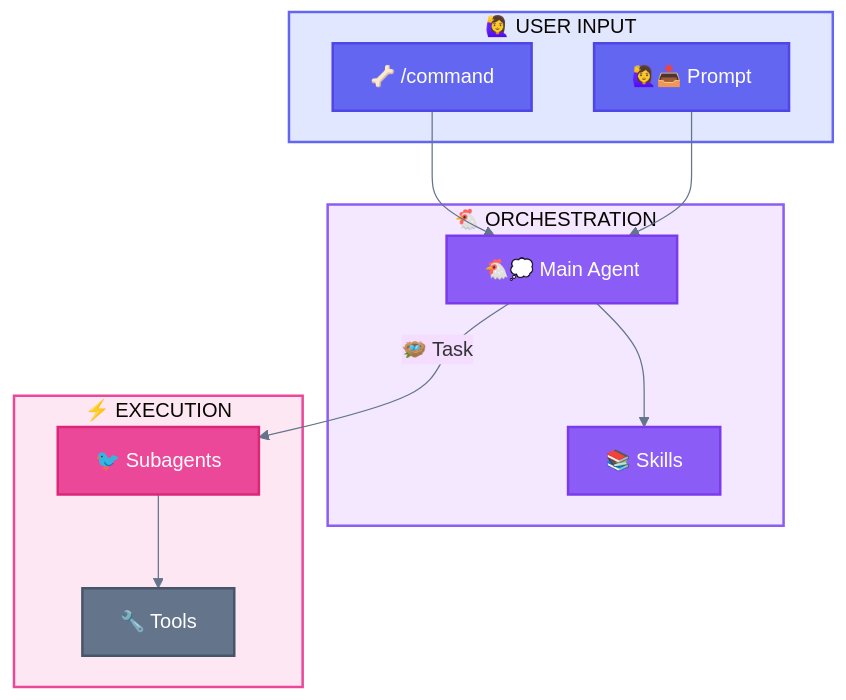
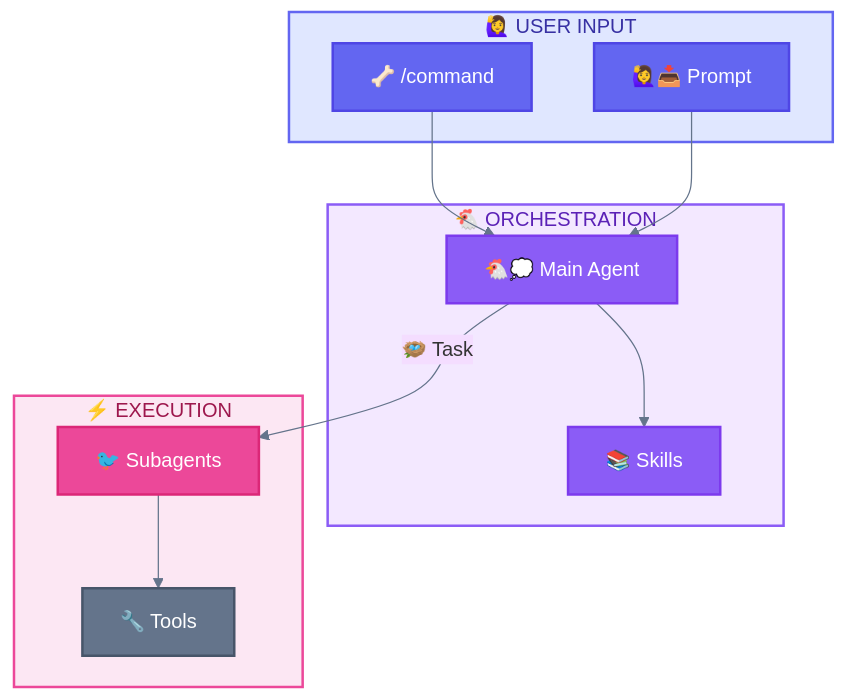
One commit to ThibautMelen/claude-agentic-patterns changed the second of 2 diagrams in implementation/components/README.md. Above: the diagram before and after it, drawn with Mermaid. The commit also changed 20 other files, not shown here.

````diff
--- a/implementation/components/README.md
+++ b/implementation/components/README.md
@@ -60,34 +60,38 @@
 ```mermaid
 %%{init: {'theme': 'base', 'themeVariables': {'lineColor': '#64748b'}}}%%
 flowchart TB
     classDef user fill:#6366f1,stroke:#4f46e5,stroke-width:2px,color:#ffffff
     classDef main fill:#8b5cf6,stroke:#7c3aed,stroke-width:2px,color:#ffffff
     classDef subagent fill:#ec4899,stroke:#db2777,stroke-width:2px,color:#ffffff
     classDef skill fill:#8b5cf6,stroke:#7c3aed,stroke-width:2px,color:#ffffff
     classDef builtinTool fill:#64748b,stroke:#475569,stroke-width:2px,color:#ffffff
 
     subgraph Input["🙋‍♀️ USER INPUT"]
         SLASH["🦴 /command"]:::user
         PROMPT["🙋‍♀️📥 Prompt"]:::user
     end
 
     subgraph Orchestration["🐔 ORCHESTRATION"]
         MA["🐔💭 Main Agent"]:::main
         SKL["📚 Skills"]:::skill
     end
 
     subgraph Execution["⚡ EXECUTION"]
         SA["🐦 Subagents"]:::subagent
         TOOLS["🔧 Tools"]:::builtinTool
     end
 
     SLASH --> MA
     PROMPT --> MA
     MA --> SKL
     MA -->|"🪺 Task"| SA
     SA --> TOOLS
 
-    style Input fill:#e0e7ff,stroke:#6366f1,stroke-width:2px
-    style Orchestration fill:#f3e8ff,stroke:#8b5cf6,stroke-width:2px
-    style Execution fill:#fce7f3,stroke:#ec4899,stroke-width:2px
+    classDef inputBox fill:#e0e7ff,stroke:#6366f1,stroke-width:2px,color:#3730a3
+    classDef orchestrationBox fill:#f3e8ff,stroke:#8b5cf6,stroke-width:2px,color:#5b21b6
+    classDef executionBox fill:#fce7f3,stroke:#ec4899,stroke-width:2px,color:#9d174d
+
+    Input:::inputBox
+    Orchestration:::orchestrationBox
+    Execution:::executionBox
 ```
````
